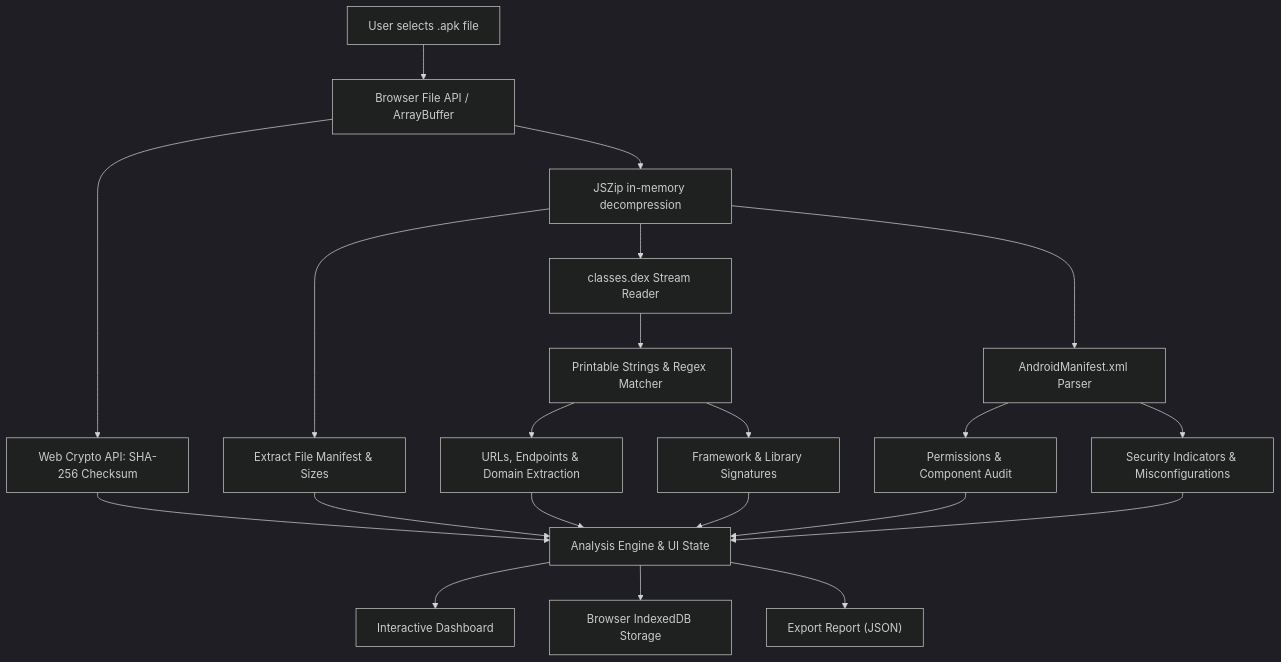
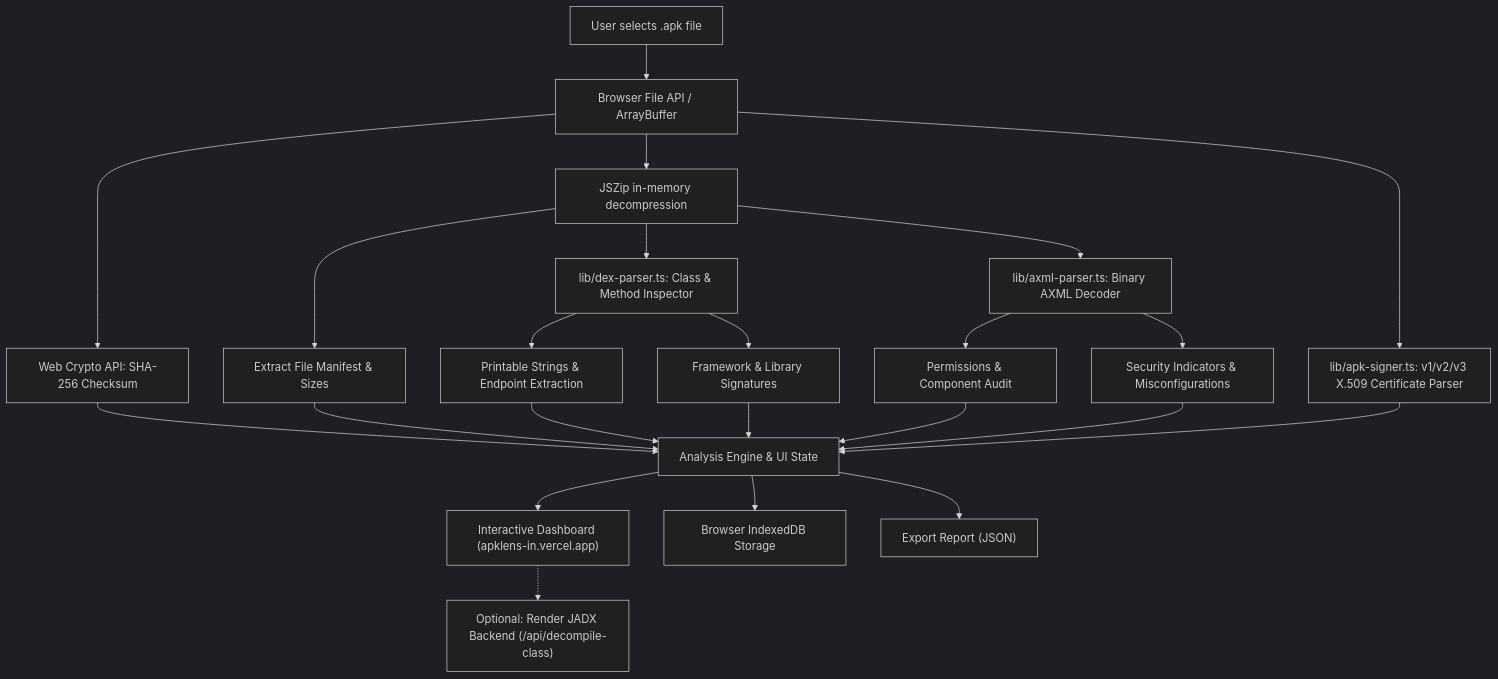
The diagram in README.md (jojin1709/APKlens-), drawn with Mermaid (dark theme) before and after one commit. The commit also changed other lines of this file and 5 other files, not shown here.

Commit message:
feat: complete JADX backend container, interactive code decompiler UI, and updated docs

````diff
--- a/README.md
+++ b/README.md
@@ -115,28 +114,31 @@
 ```mermaid
 flowchart TD
     A["User selects .apk file"] --> B["Browser File API / ArrayBuffer"]
     B --> C["Web Crypto API: SHA-256 Checksum"]
     B --> D["JSZip in-memory decompression"]
     
     D --> E["Extract File Manifest & Sizes"]
-    D --> F["classes.dex Stream Reader"]
-    D --> G["AndroidManifest.xml Parser"]
+    D --> F["lib/dex-parser.ts: Class & Method Inspector"]
+    D --> G["lib/axml-parser.ts: Binary AXML Decoder"]
+    B --> H["lib/apk-signer.ts: v1/v2/v3 X.509 Certificate Parser"]
     
-    F --> H["Printable Strings & Regex Matcher"]
-    H --> I["URLs, Endpoints & Domain Extraction"]
-    H --> J["Framework & Library Signatures"]
+    F --> I["Printable Strings & Endpoint Extraction"]
+    F --> J["Framework & Library Signatures"]
     
     G --> K["Permissions & Component Audit"]
     G --> L["Security Indicators & Misconfigurations"]
     
     C --> M["Analysis Engine & UI State"]
     E --> M
+    H --> M
     I --> M
     J --> M
     K --> M
     L --> M
     
-    M --> N["Interactive Dashboard"]
+    M --> N["Interactive Dashboard (apklens-in.vercel.app)"]
     M --> O["Browser IndexedDB Storage"]
     M --> P["Export Report (JSON)"]
+    
+    N -.-> Q["Optional: Render JADX Backend (/api/decompile-class)"]
 ```
````
